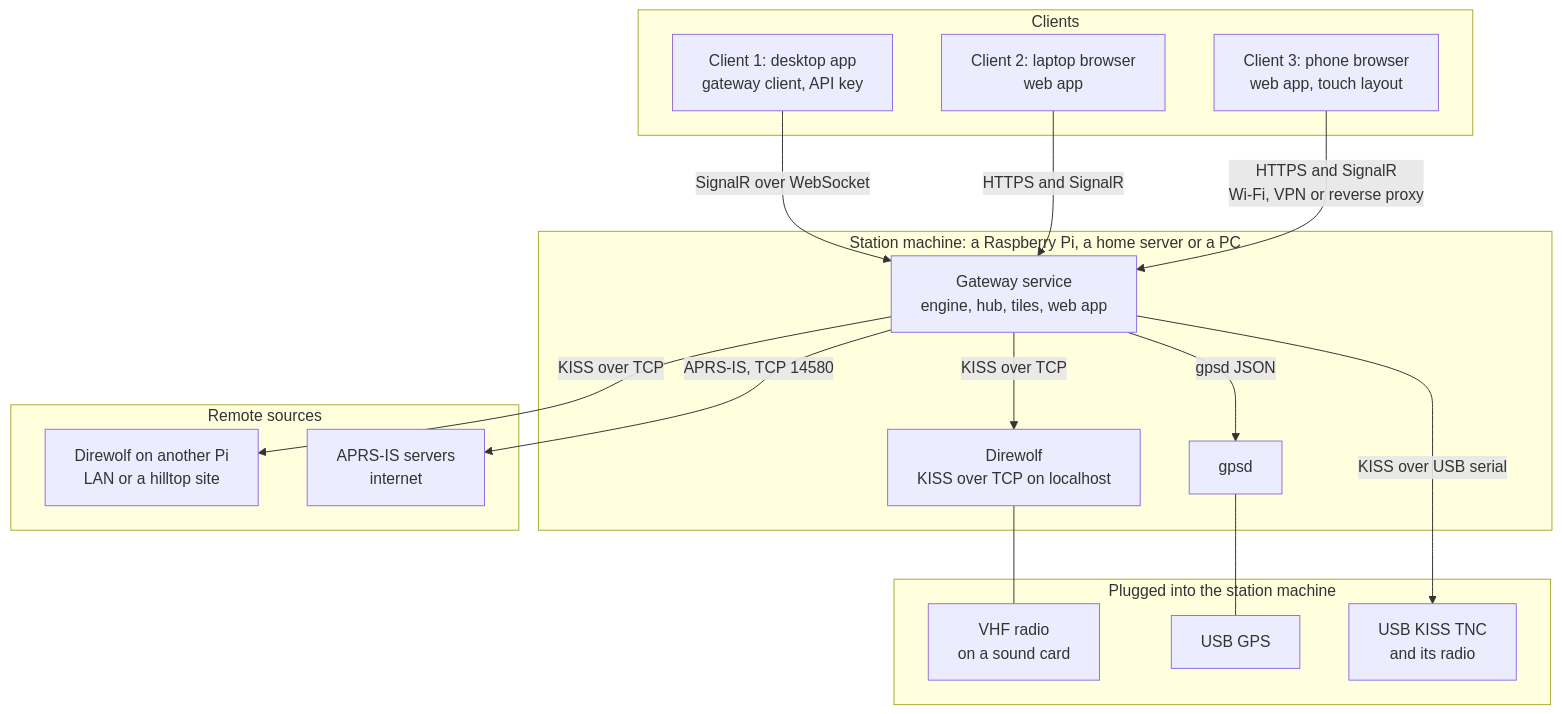
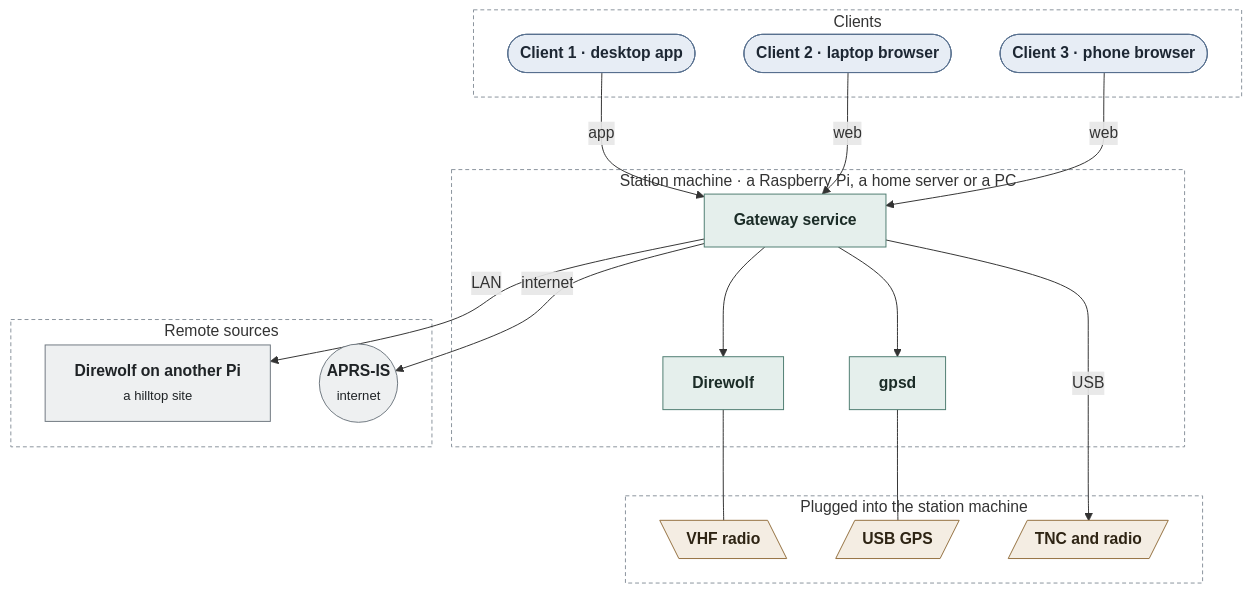
The third of 3 diagrams in README.md (APRS-NET/AprsMap), drawn with Mermaid before and after one commit. The commit also changed other lines of this file, not shown here.

Commit message:
docs(readme): quieter, styled diagrams with plainer links

````diff
--- a/README.md
+++ b/README.md
@@ -136,37 +158,50 @@
 ```mermaid
 flowchart TB
     subgraph clients["Clients"]
-        client1["Client 1: desktop app<br/>gateway client, API key"]
-        client2["Client 2: laptop browser<br/>web app"]
-        client3["Client 3: phone browser<br/>web app, touch layout"]
+        client1(["<b>Client 1 · desktop app</b>"])
+        client2(["<b>Client 2 · laptop browser</b>"])
+        client3(["<b>Client 3 · phone browser</b>"])
     end
 
-    subgraph station["Station machine: a Raspberry Pi, a home server or a PC"]
-        gw["Gateway service<br/>engine, hub, tiles, web app"]
-        dwlocal["Direwolf<br/>KISS over TCP on localhost"]
-        gpsdlocal["gpsd"]
+    subgraph station["Station machine · a Raspberry Pi, a home server or a PC"]
+        gw["<b>Gateway service</b>"]
+        dwlocal["<b>Direwolf</b>"]
+        gpsdlocal["<b>gpsd</b>"]
     end
 
     subgraph hardware["Plugged into the station machine"]
-        vhf["VHF radio<br/>on a sound card"]
-        usbgps["USB GPS"]
-        usbtnc["USB KISS TNC<br/>and its radio"]
+        vhf[\"<b>VHF radio</b>"\]
+        usbgps[/"<b>USB GPS</b>"/]
+        usbtnc[/"<b>TNC and radio</b>"/]
     end
 
     subgraph remote["Remote sources"]
-        dwremote["Direwolf on another Pi<br/>LAN or a hilltop site"]
-        aprsis["APRS-IS servers<br/>internet"]
+        dwremote["<b>Direwolf on another Pi</b><br/><small>a hilltop site</small>"]
+        aprsis(("<b>APRS-IS</b><br/><small>internet</small>"))
     end
 
-    client1 -- "SignalR over WebSocket" --> gw
-    client2 -- "HTTPS and SignalR" --> gw
-    client3 -- "HTTPS and SignalR<br/>Wi-Fi, VPN or reverse proxy" --> gw
+    client1 -- "app" --> gw
+    client2 -- "web" --> gw
+    client3 -- "web" --> gw
 
-    gw -- "KISS over TCP" --> dwlocal
-    gw -- "gpsd JSON" --> gpsdlocal
+    gw --> dwlocal
+    gw --> gpsdlocal
     dwlocal --- vhf
     gpsdlocal --- usbgps
-    gw -- "KISS over USB serial" --> usbtnc
-    gw -- "KISS over TCP" --> dwremote
-    gw -- "APRS-IS, TCP 14580" --> aprsis
+    gw -- "USB" --> usbtnc
+    gw -- "LAN" --> dwremote
+    gw -- "internet" --> aprsis
+
+    classDef client fill:#e7edf5,stroke:#58708f,color:#1d2733
+    classDef host fill:#e5efec,stroke:#4f7d71,color:#1b2c27
+    classDef network fill:#eef0f1,stroke:#6f7880,color:#1f2326
+    classDef device fill:#f4ede3,stroke:#94703f,color:#2e2414
+    class client1,client2,client3 client
+    class gw,dwlocal,gpsdlocal host
+    class dwremote,aprsis network
+    class vhf,usbgps,usbtnc device
+    style clients fill:none,stroke:#8a939c,stroke-dasharray:4 3
+    style station fill:none,stroke:#8a939c,stroke-dasharray:4 3
+    style hardware fill:none,stroke:#8a939c,stroke-dasharray:4 3
+    style remote fill:none,stroke:#8a939c,stroke-dasharray:4 3
 ```
````
